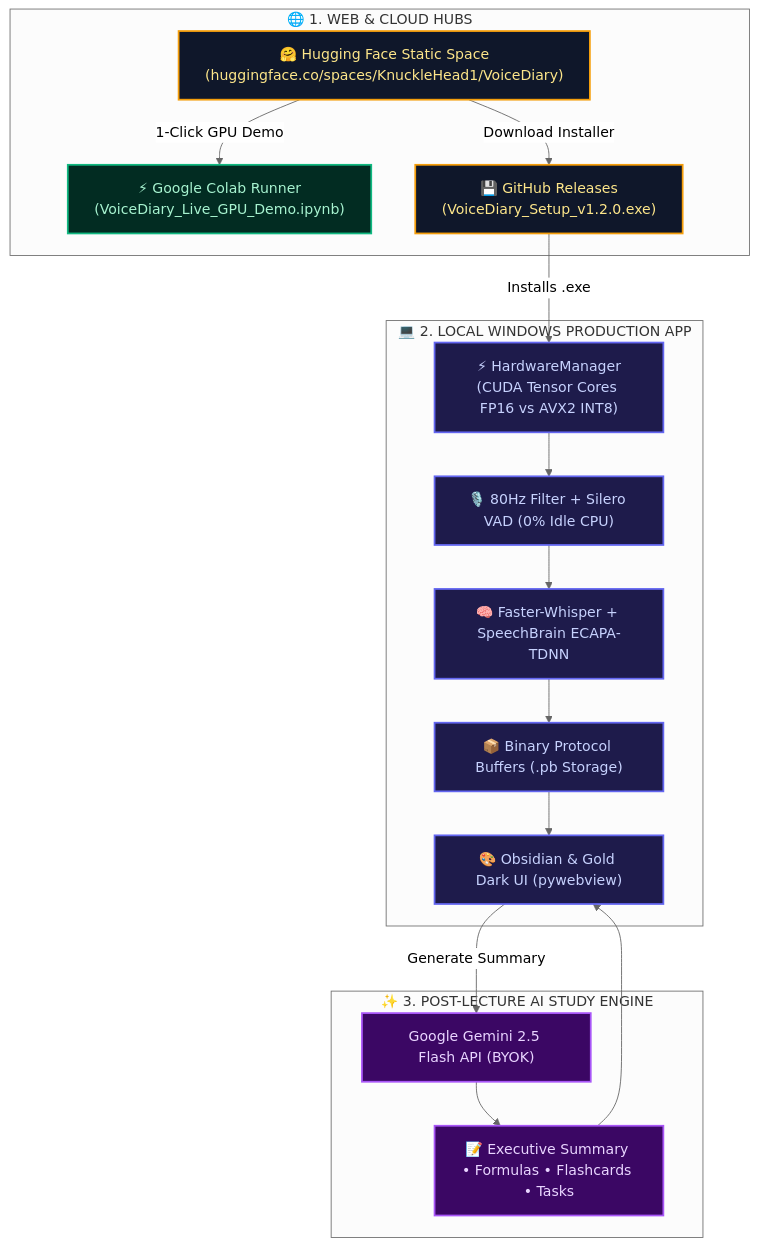
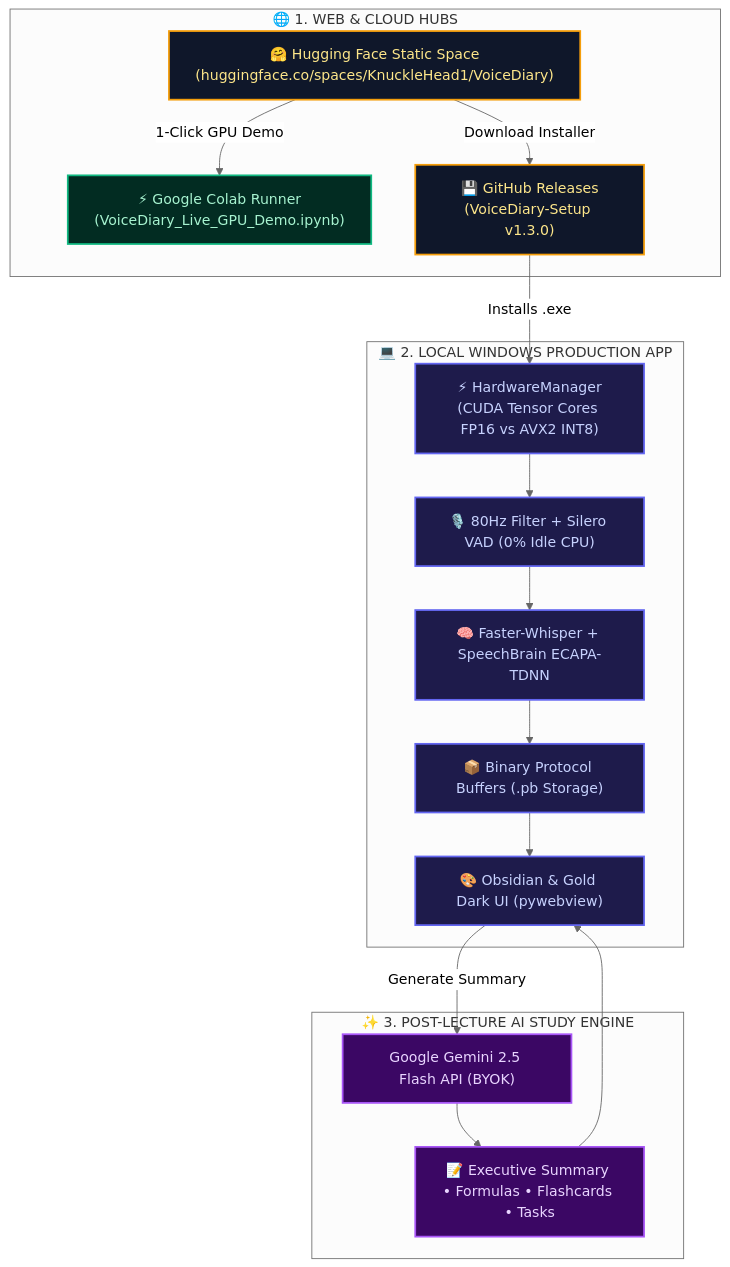
The diagram in README.md (Abdul-Sarim-Khan/VoiceDiary), drawn with Mermaid (neutral theme) before and after one commit. The commit also changed 1 other file, not shown here.

Commit message:
docs: point Hugging Face download button directly to GitHub release v1.3.0

````diff
--- a/README.md
+++ b/README.md
@@ -49,33 +49,33 @@
 ```mermaid
 flowchart TD
     %% Styling Classes
     classDef dev fill:#1E293B,stroke:#64748B,stroke-width:2px,color:#F8FAFC;
     classDef hub fill:#0F172A,stroke:#F59E0B,stroke-width:2px,color:#FDE68A;
     classDef cloud fill:#022C22,stroke:#10B981,stroke-width:2px,color:#A7F3D0;
     classDef desktop fill:#1E1B4B,stroke:#6366F1,stroke-width:2px,color:#C7D2FE;
     classDef ai fill:#3B0764,stroke:#A855F7,stroke-width:2px,color:#E9D5FF;
 
     subgraph S1[" 🌐 1. WEB & CLOUD HUBS "]
         HFSpace["🤗 Hugging Face Static Space<br/>(huggingface.co/spaces/KnuckleHead1/VoiceDiary)"]:::hub
         ColabDemo["⚡ Google Colab Runner<br/>(VoiceDiary_Live_GPU_Demo.ipynb)"]:::cloud
-        GHReleases["💾 GitHub Releases<br/>(VoiceDiary_Setup_v1.2.0.exe)"]:::hub
+        GHReleases["💾 GitHub Releases<br/>(VoiceDiary-Setup v1.3.0)"]:::hub
     end
 
     subgraph S2[" 💻 2. LOCAL WINDOWS PRODUCTION APP "]
         HWDetect["⚡ HardwareManager<br/>(CUDA Tensor Cores FP16 vs AVX2 INT8)"]:::desktop
         AudioIn["🎙️ 80Hz Filter + Silero VAD (0% Idle CPU)"]:::desktop
         InferenceEngine["🧠 Faster-Whisper + SpeechBrain ECAPA-TDNN"]:::desktop
         Protobuf["📦 Binary Protocol Buffers (.pb Storage)"]:::desktop
         DesktopUI["🎨 Obsidian & Gold Dark UI (pywebview)"]:::desktop
     end
 
     subgraph S3[" ✨ 3. POST-LECTURE AI STUDY ENGINE "]
         GeminiAPI["Google Gemini 2.5 Flash API (BYOK)"]:::ai
         NotesOut["📝 Executive Summary • Formulas • Flashcards • Tasks"]:::ai
     end
 
     HFSpace -->|"1-Click GPU Demo"| ColabDemo
     HFSpace -->|"Download Installer"| GHReleases
     GHReleases -->|"Installs .exe"| HWDetect --> AudioIn --> InferenceEngine --> Protobuf --> DesktopUI
     DesktopUI -->|"Generate Summary"| GeminiAPI --> NotesOut --> DesktopUI
 ```
````
